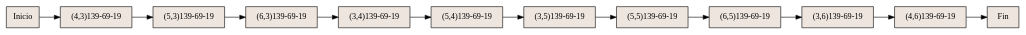
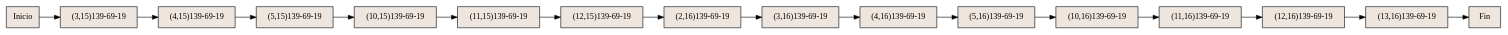
Before and after one commit to Eduardo01004/EDD_2S2019_PY1_201612124: the diagram in Proyecto1/LinealizarFila.dot, drawn with Graphviz. The commit also changed 70 other files, not shown here.

```diff
--- a/Proyecto1/LinealizarFila.dot
+++ b/Proyecto1/LinealizarFila.dot
@@ -1,26 +1,34 @@
 digraph LinearColumn {rankdir = "LR";
 0[shape=record, style=filled, fillcolor=seashell2,label=" Inicio"];
-1[shape=record, style=filled, fillcolor=seashell2,label=" (4,3)139-69-19"];
+1[shape=record, style=filled, fillcolor=seashell2,label=" (3,15)139-69-19"];
 0->1;
-1[shape=record, style=filled, fillcolor=seashell2,label=" (4,3)139-69-19"];
+1[shape=record, style=filled, fillcolor=seashell2,label=" (3,15)139-69-19"];
 1->2;
-2[shape=record, style=filled, fillcolor=seashell2,label=" (5,3)139-69-19"];
+2[shape=record, style=filled, fillcolor=seashell2,label=" (4,15)139-69-19"];
 2->3;
-3[shape=record, style=filled, fillcolor=seashell2,label=" (6,3)139-69-19"];
+3[shape=record, style=filled, fillcolor=seashell2,label=" (5,15)139-69-19"];
 3->4;
-4[shape=record, style=filled, fillcolor=seashell2,label=" (3,4)139-69-19"];
+4[shape=record, style=filled, fillcolor=seashell2,label=" (10,15)139-69-19"];
 4->5;
-5[shape=record, style=filled, fillcolor=seashell2,label=" (5,4)139-69-19"];
+5[shape=record, style=filled, fillcolor=seashell2,label=" (11,15)139-69-19"];
 5->6;
-6[shape=record, style=filled, fillcolor=seashell2,label=" (3,5)139-69-19"];
+6[shape=record, style=filled, fillcolor=seashell2,label=" (12,15)139-69-19"];
 6->7;
-7[shape=record, style=filled, fillcolor=seashell2,label=" (5,5)139-69-19"];
+7[shape=record, style=filled, fillcolor=seashell2,label=" (2,16)139-69-19"];
 7->8;
-8[shape=record, style=filled, fillcolor=seashell2,label=" (6,5)139-69-19"];
+8[shape=record, style=filled, fillcolor=seashell2,label=" (3,16)139-69-19"];
 8->9;
-9[shape=record, style=filled, fillcolor=seashell2,label=" (3,6)139-69-19"];
+9[shape=record, style=filled, fillcolor=seashell2,label=" (4,16)139-69-19"];
 9->10;
-10[shape=record, style=filled, fillcolor=seashell2,label=" (4,6)139-69-19"];
+10[shape=record, style=filled, fillcolor=seashell2,label=" (5,16)139-69-19"];
 10->11;
-11[shape=record, style=filled, fillcolor=seashell2,label=" Fin"];
+11[shape=record, style=filled, fillcolor=seashell2,label=" (10,16)139-69-19"];
+11->12;
+12[shape=record, style=filled, fillcolor=seashell2,label=" (11,16)139-69-19"];
+12->13;
+13[shape=record, style=filled, fillcolor=seashell2,label=" (12,16)139-69-19"];
+13->14;
+14[shape=record, style=filled, fillcolor=seashell2,label=" (13,16)139-69-19"];
+14->15;
+15[shape=record, style=filled, fillcolor=seashell2,label=" Fin"];
 }
```
